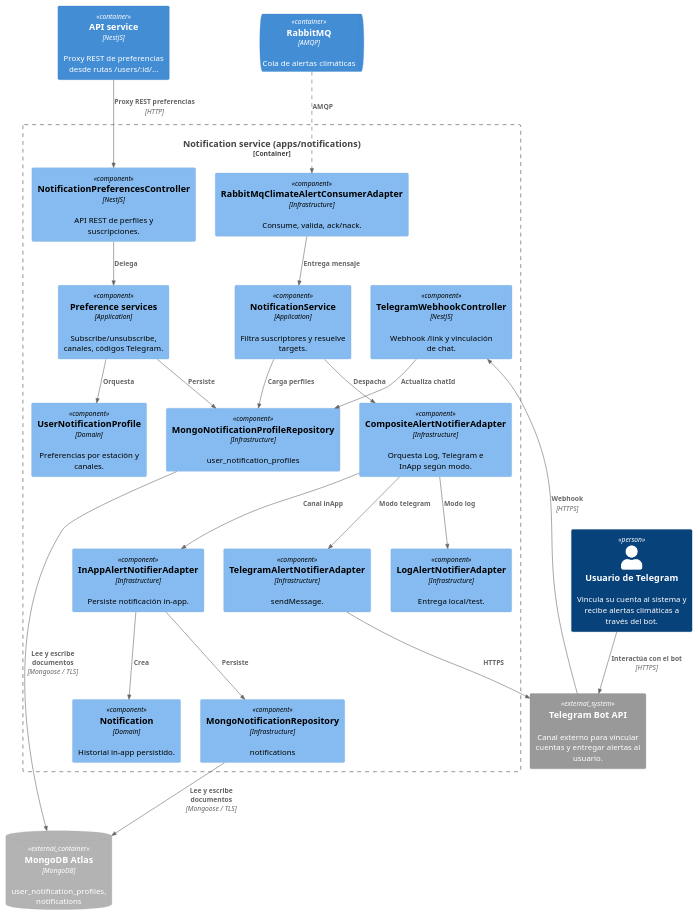
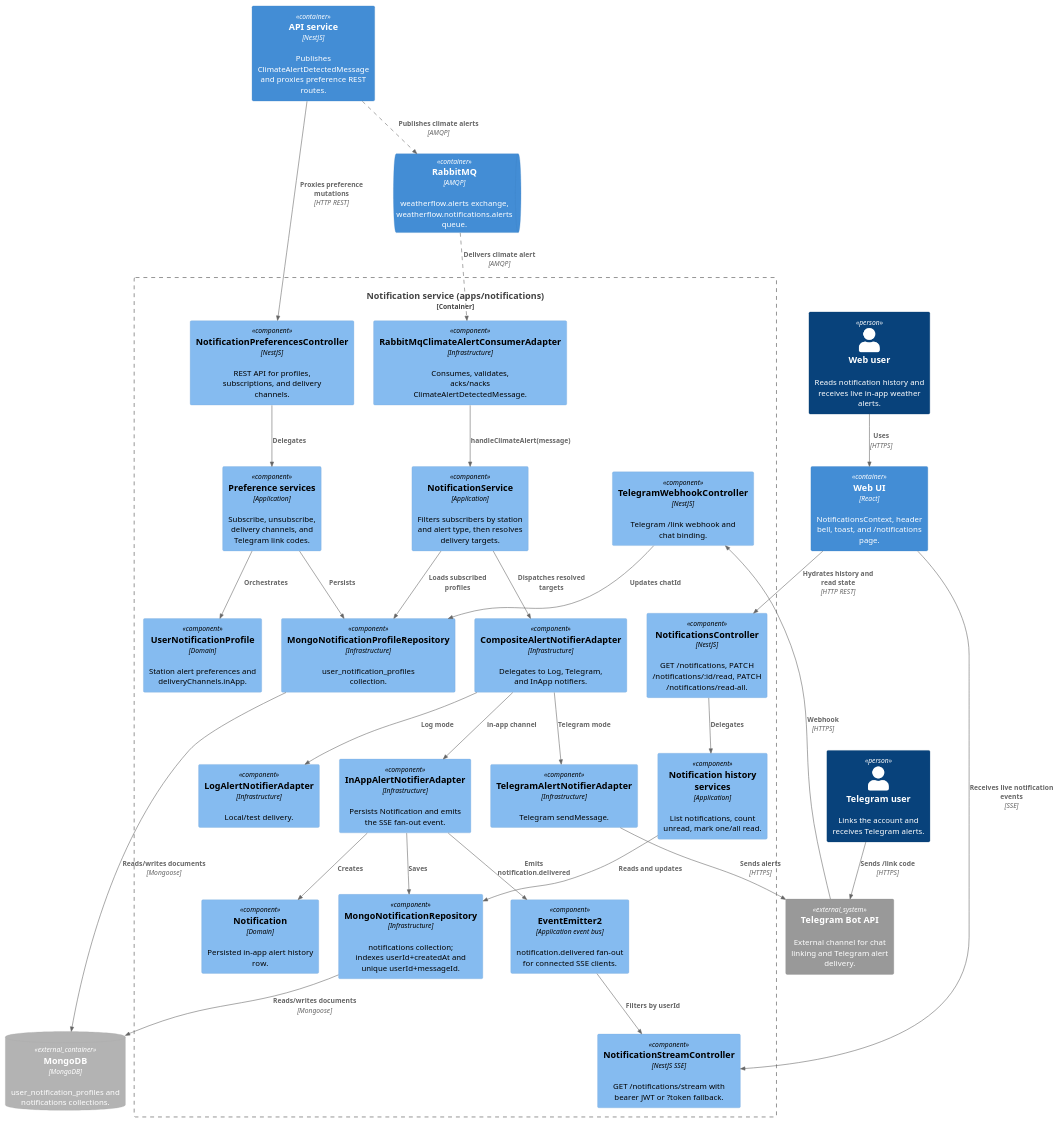
One commit to LattanzioB/WheaterFlow changed the diagram in docs/architecture/c4/c4_level_3_notifications.plantuml. Above: the diagram before and after it, drawn with PlantUML. The commit also changed 22 other files, not shown here.

Commit message:
test(notifications): add in-app fanout integration

```diff
--- a/docs/architecture/c4/c4_level_3_notifications.plantuml
+++ b/docs/architecture/c4/c4_level_3_notifications.plantuml
@@ -1,56 +1,70 @@
 @startuml c4_level_3_notifications
 !include https://raw.githubusercontent.com/plantuml-stdlib/C4-PlantUML/master/C4_Component.puml
 
 AddRelTag("async", $lineStyle=DashedLine())
 
 LAYOUT_TOP_DOWN()
 
-Person(usuarioTelegram, "Usuario de Telegram", "Vincula su cuenta al sistema y recibe alertas climáticas a través del bot.")
+Person(webUser, "Web user", "Reads notification history and receives live in-app weather alerts.")
+Person(telegramUser, "Telegram user", "Links the account and receives Telegram alerts.")
 
-System_Ext(telegram, "Telegram Bot API", "Canal externo para vincular cuentas y entregar alertas al usuario.")
+System_Ext(telegram, "Telegram Bot API", "External channel for chat linking and Telegram alert delivery.")
 
-Container(api, "API service", "NestJS", "Proxy REST de preferencias desde rutas /users/:id/...")
+Container(web, "Web UI", "React", "NotificationsContext, header bell, toast, and /notifications page.")
+Container(api, "API service", "NestJS", "Publishes ClimateAlertDetectedMessage and proxies preference REST routes.")
 
 Container_Boundary(notifications, "Notification service (apps/notifications)") {
-  Component(prefsController, "NotificationPreferencesController", "NestJS", "API REST de perfiles y suscripciones.")
-  Component(telegramWebhook, "TelegramWebhookController", "NestJS", "Webhook /link y vinculación de chat.")
-  Component(preferenceServices, "Preference services", "Application", "Subscribe/unsubscribe, canales, códigos Telegram.")
-  Component(notificationService, "NotificationService", "Application", "Filtra suscriptores y resuelve targets.")
-  Component(profileAggregate, "UserNotificationProfile", "Domain", "Preferencias por estación y canales.")
-  Component(notificationEntity, "Notification", "Domain", "Historial in-app persistido.")
-  Component(profileRepository, "MongoNotificationProfileRepository", "Infrastructure", "user_notification_profiles")
-  Component(notificationRepository, "MongoNotificationRepository", "Infrastructure", "notifications")
-  Component(consumer, "RabbitMqClimateAlertConsumerAdapter", "Infrastructure", "Consume, valida, ack/nack.")
-  Component(compositeNotifier, "CompositeAlertNotifierAdapter", "Infrastructure", "Orquesta Log, Telegram e InApp según modo.")
-  Component(logNotifier, "LogAlertNotifierAdapter", "Infrastructure", "Entrega local/test.")
-  Component(telegramNotifier, "TelegramAlertNotifierAdapter", "Infrastructure", "sendMessage.")
-  Component(inAppNotifier, "InAppAlertNotifierAdapter", "Infrastructure", "Persiste notificación in-app.")
+  Component(prefsController, "NotificationPreferencesController", "NestJS", "REST API for profiles, subscriptions, and delivery channels.")
+  Component(historyController, "NotificationsController", "NestJS", "GET /notifications, PATCH /notifications/:id/read, PATCH /notifications/read-all.")
+  Component(streamController, "NotificationStreamController", "NestJS SSE", "GET /notifications/stream with bearer JWT or ?token fallback.")
+  Component(telegramWebhook, "TelegramWebhookController", "NestJS", "Telegram /link webhook and chat binding.")
+  Component(preferenceServices, "Preference services", "Application", "Subscribe, unsubscribe, delivery channels, and Telegram link codes.")
+  Component(historyServices, "Notification history services", "Application", "List notifications, count unread, mark one/all read.")
+  Component(notificationService, "NotificationService", "Application", "Filters subscribers by station and alert type, then resolves delivery targets.")
+  Component(eventBus, "EventEmitter2", "Application event bus", "notification.delivered fan-out for connected SSE clients.")
+  Component(profileAggregate, "UserNotificationProfile", "Domain", "Station alert preferences and deliveryChannels.inApp.")
+  Component(notificationEntity, "Notification", "Domain", "Persisted in-app alert history row.")
+  Component(profileRepository, "MongoNotificationProfileRepository", "Infrastructure", "user_notification_profiles collection.")
+  Component(notificationRepository, "MongoNotificationRepository", "Infrastructure", "notifications collection; indexes userId+createdAt and unique userId+messageId.")
+  Component(consumer, "RabbitMqClimateAlertConsumerAdapter", "Infrastructure", "Consumes, validates, acks/nacks ClimateAlertDetectedMessage.")
+  Component(compositeNotifier, "CompositeAlertNotifierAdapter", "Infrastructure", "Delegates to Log, Telegram, and InApp notifiers.")
+  Component(logNotifier, "LogAlertNotifierAdapter", "Infrastructure", "Local/test delivery.")
+  Component(telegramNotifier, "TelegramAlertNotifierAdapter", "Infrastructure", "Telegram sendMessage.")
+  Component(inAppNotifier, "InAppAlertNotifierAdapter", "Infrastructure", "Persists Notification and emits the SSE fan-out event.")
 }
 
-ContainerDb_Ext(mongoAtlas, "MongoDB Atlas", "MongoDB", "user_notification_profiles, notifications")
-ContainerQueue(rabbit, "RabbitMQ", "AMQP", "Cola de alertas climáticas")
+ContainerDb_Ext(mongo, "MongoDB", "MongoDB", "user_notification_profiles and notifications collections.")
+ContainerQueue(rabbit, "RabbitMQ", "AMQP", "weatherflow.alerts exchange, weatherflow.notifications.alerts queue.")
 
-Rel(api, prefsController, "Proxy REST preferencias", "HTTP")
+Rel(webUser, web, "Uses", "HTTPS")
+Rel(web, historyController, "Hydrates history and read state", "HTTP REST")
+Rel(web, streamController, "Receives live notification events", "SSE")
+Rel(api, prefsController, "Proxies preference mutations", "HTTP REST")
+Rel(api, rabbit, "Publishes climate alerts", "AMQP", $tags="async")
+Rel(telegramUser, telegram, "Sends /link code", "HTTPS")
 Rel(telegram, telegramWebhook, "Webhook", "HTTPS")
-Rel(usuarioTelegram, telegram, "Interactúa con el bot", "HTTPS")
 
-Rel(prefsController, preferenceServices, "Delega")
-Rel(preferenceServices, profileAggregate, "Orquesta")
-Rel(preferenceServices, profileRepository, "Persiste")
-Rel(telegramWebhook, profileRepository, "Actualiza chatId")
+Rel(prefsController, preferenceServices, "Delegates")
+Rel(preferenceServices, profileAggregate, "Orchestrates")
+Rel(preferenceServices, profileRepository, "Persists")
+Rel(historyController, historyServices, "Delegates")
+Rel(historyServices, notificationRepository, "Reads and updates")
+Rel(telegramWebhook, profileRepository, "Updates chatId")
 
-Rel(rabbit, consumer, "AMQP", $tags="async")
-Rel(consumer, notificationService, "Entrega mensaje")
-Rel(notificationService, profileRepository, "Carga perfiles")
-Rel(notificationService, compositeNotifier, "Despacha")
-Rel(compositeNotifier, logNotifier, "Modo log")
-Rel(compositeNotifier, telegramNotifier, "Modo telegram")
-Rel(compositeNotifier, inAppNotifier, "Canal inApp")
-Rel(inAppNotifier, notificationRepository, "Persiste")
-Rel(inAppNotifier, notificationEntity, "Crea")
+Rel(rabbit, consumer, "Delivers climate alert", "AMQP", $tags="async")
+Rel(consumer, notificationService, "handleClimateAlert(message)")
+Rel(notificationService, profileRepository, "Loads subscribed profiles")
+Rel(notificationService, compositeNotifier, "Dispatches resolved targets")
+Rel(compositeNotifier, logNotifier, "Log mode")
+Rel(compositeNotifier, telegramNotifier, "Telegram mode")
+Rel(compositeNotifier, inAppNotifier, "in-app channel")
+Rel(inAppNotifier, notificationRepository, "Saves")
+Rel(inAppNotifier, notificationEntity, "Creates")
+Rel(inAppNotifier, eventBus, "Emits notification.delivered")
+Rel(eventBus, streamController, "Filters by userId")
 
-Rel(profileRepository, mongoAtlas, "Lee y escribe documentos", "Mongoose / TLS")
-Rel(notificationRepository, mongoAtlas, "Lee y escribe documentos", "Mongoose / TLS")
-Rel(telegramNotifier, telegram, "HTTPS")
+Rel(profileRepository, mongo, "Reads/writes documents", "Mongoose")
+Rel(notificationRepository, mongo, "Reads/writes documents", "Mongoose")
+Rel(telegramNotifier, telegram, "Sends alerts", "HTTPS")
 
 @enduml
```
